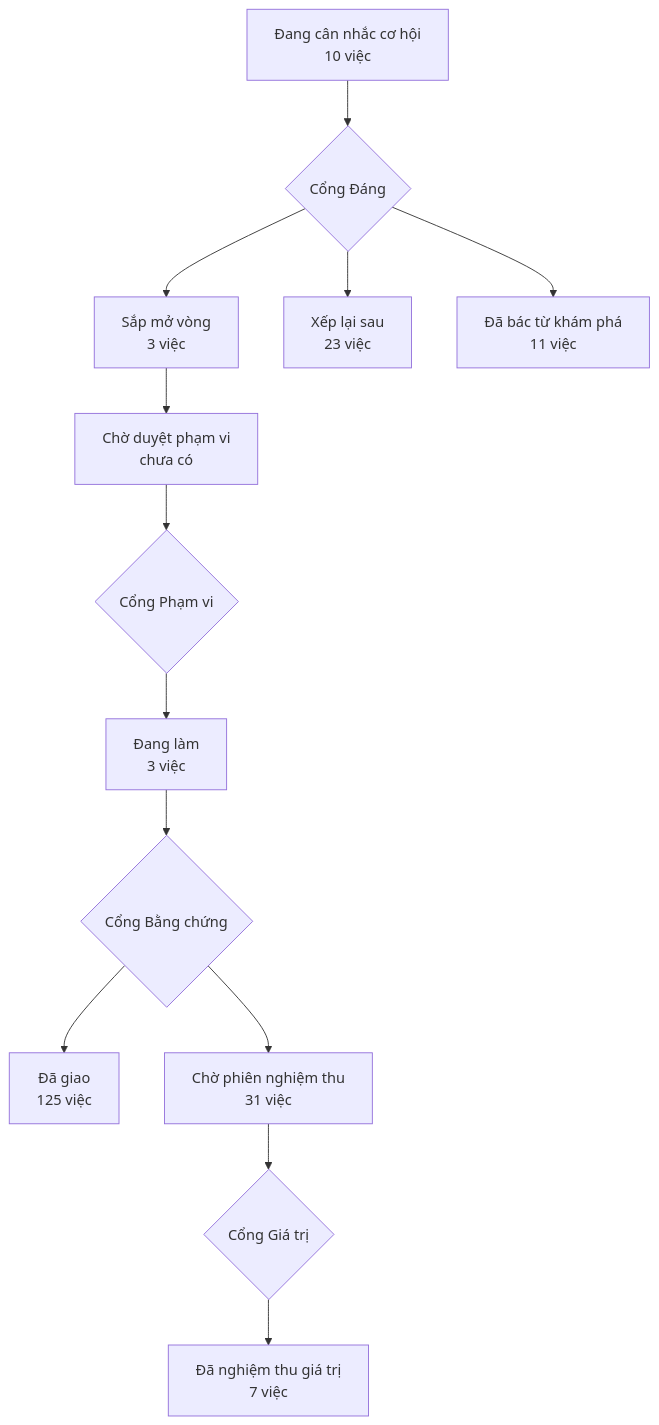
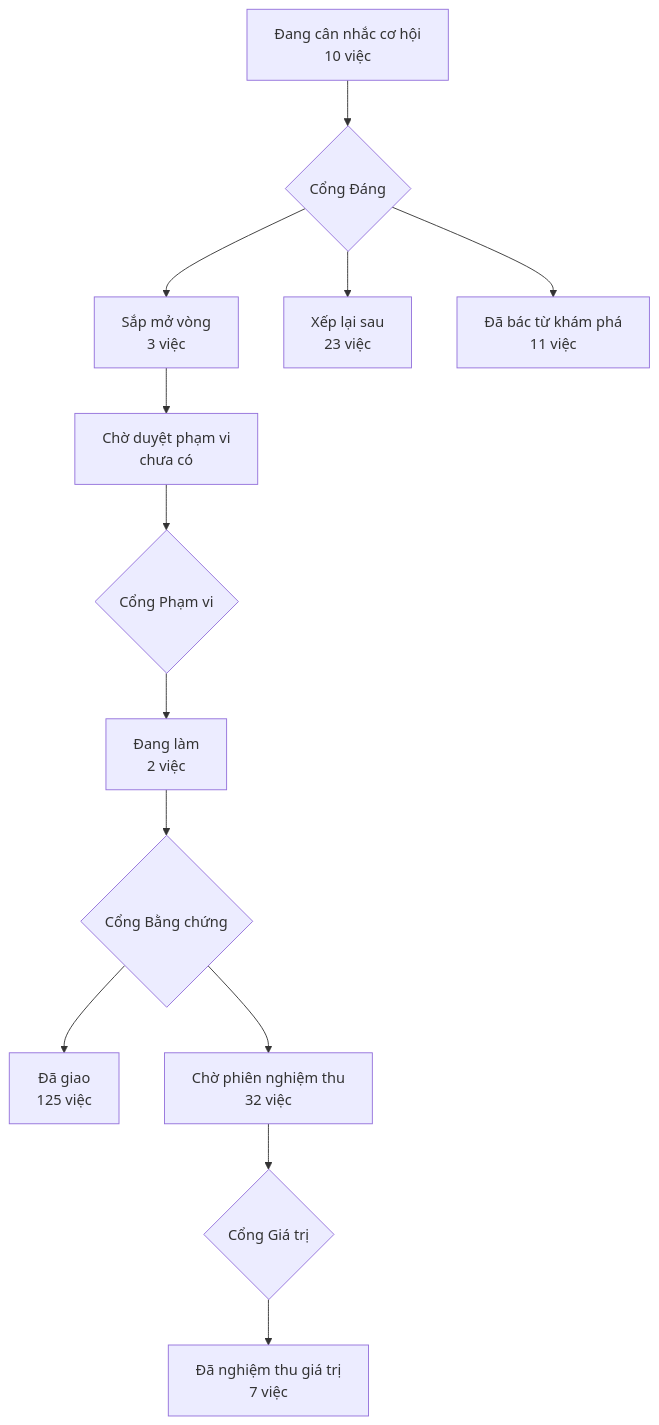
The diagram in PRODUCT-MAP.md (phanlemanh/acceptance-gate-kit), drawn with Mermaid before and after one commit. The commit also changed 7 other files, not shown here.

````diff
--- a/PRODUCT-MAP.md
+++ b/PRODUCT-MAP.md
@@ -7,12 +7,12 @@
 ```mermaid
 flowchart TD
   A["Đang cân nhắc cơ hội<br/>10 việc"] --> GD{"Cổng Đáng"}
   GD --> B["Sắp mở vòng<br/>3 việc"]
   GD --> XL["Xếp lại sau<br/>23 việc"]
   GD --> DB["Đã bác từ khám phá<br/>11 việc"]
   B --> CD["Chờ duyệt phạm vi<br/>chưa có"] --> GP{"Cổng Phạm vi"}
-  GP --> DL["Đang làm<br/>3 việc"] --> GB{"Cổng Bằng chứng"}
+  GP --> DL["Đang làm<br/>2 việc"] --> GB{"Cổng Bằng chứng"}
   GB --> DG["Đã giao<br/>125 việc"]
-  GB --> CN["Chờ phiên nghiệm thu<br/>31 việc"] --> GG{"Cổng Giá trị"}
+  GB --> CN["Chờ phiên nghiệm thu<br/>32 việc"] --> GG{"Cổng Giá trị"}
   GG --> NT["Đã nghiệm thu giá trị<br/>7 việc"]
 ```
````
